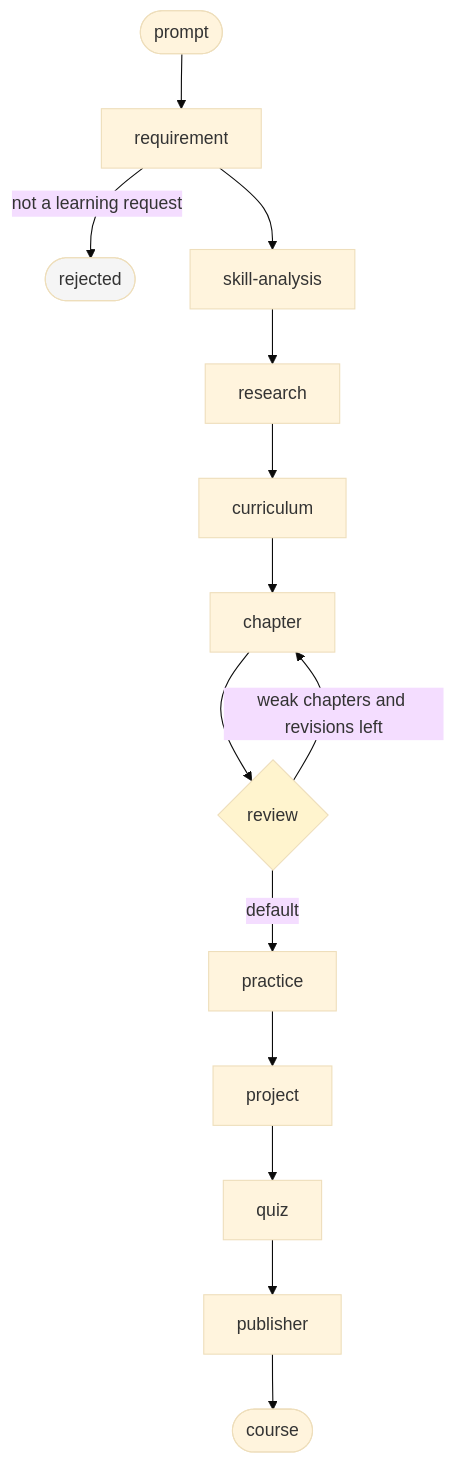
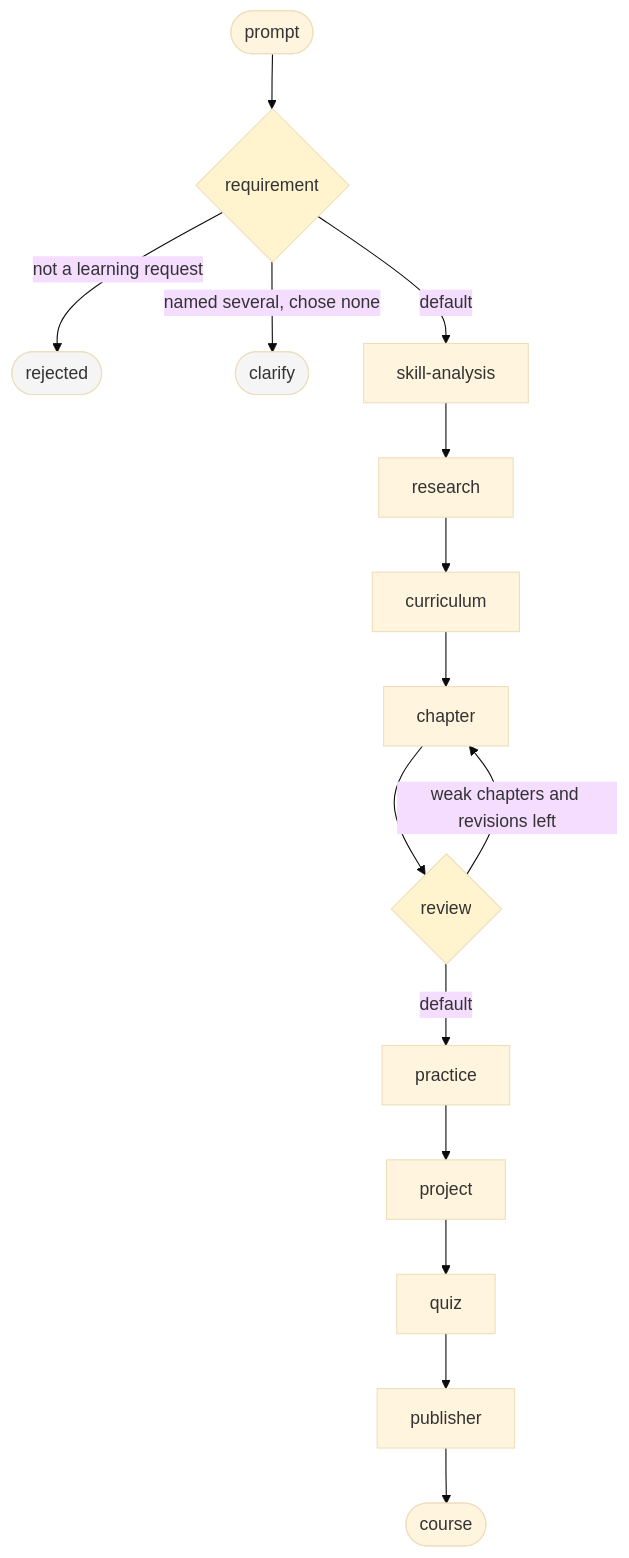
One commit to himanshuluciferr/LearnForgeAI changed the third of 3 diagrams in docs/architecture.md. Above: the diagram before and after it, drawn with Mermaid (base theme). The commit also changed other lines of this file and 13 other files, not shown here.

````diff
--- a/docs/architecture.md
+++ b/docs/architecture.md
@@ -134,19 +140,22 @@
 ```mermaid
 flowchart TD
-    START([prompt]) --> REQ[requirement]
+    START([prompt]) --> REQ{requirement}
     REQ -->|not a learning request| REJ([rejected])
-    REQ --> SKILL[skill-analysis]
+    REQ -->|named several, chose none| CLAR([clarify])
+    REQ -->|default| SKILL[skill-analysis]
     SKILL --> RES[research]
     RES --> CUR[curriculum]
     CUR --> CH[chapter]
     CH --> REV{review}
     REV -->|weak chapters and revisions left| CH
     REV -->|default| PRAC[practice]
     PRAC --> PROJ[project]
     PROJ --> QUIZ[quiz]
     QUIZ --> PUB[publisher]
     PUB --> DONE([course])
 
     style REJ fill:#f5f5f5
+    style CLAR fill:#f5f5f5
+    style REQ fill:#fff4ce
     style REV fill:#fff4ce
 ```
````
